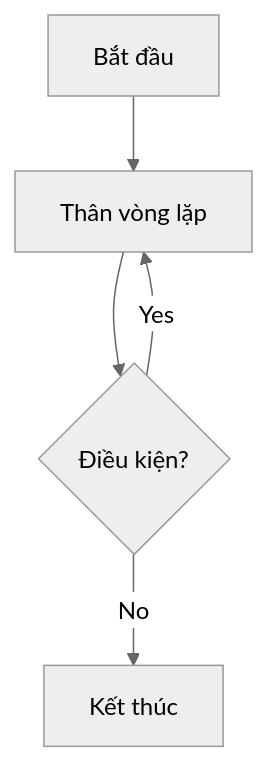
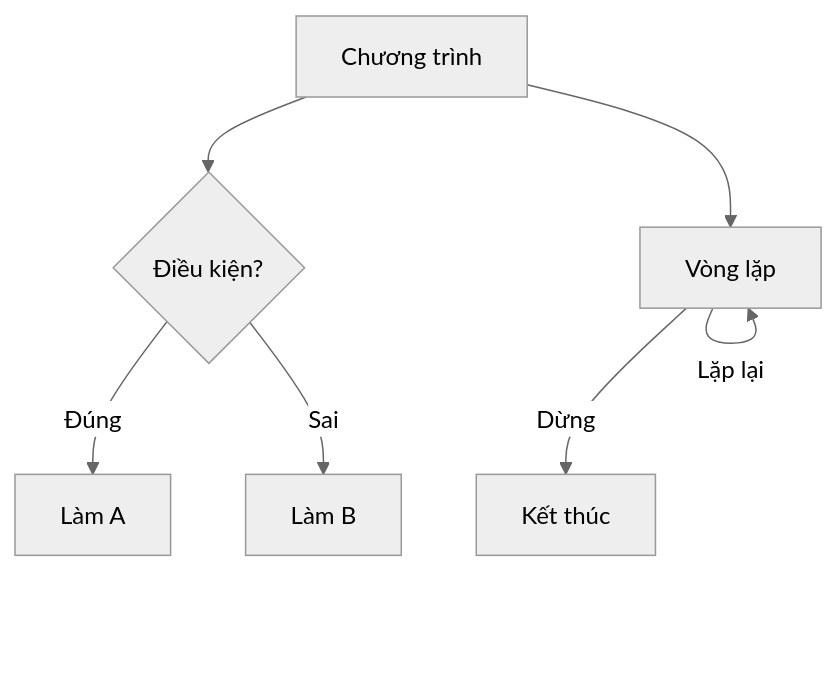
The diagram in docs/coding/cpp/C03-dieu-kien-vong-lap.md (FPTOJ-OJ/fptoj_wiki), drawn with Mermaid (neutral theme) before and after one commit. The commit also changed other lines of this file and 151 other files, not shown here.

````diff
--- a/docs/coding/cpp/C03-dieu-kien-vong-lap.md
+++ b/docs/coding/cpp/C03-dieu-kien-vong-lap.md
@@ -448,7 +13,9 @@
 ```mermaid
 flowchart TD
-    Start["Bắt đầu"] --> Body["Thân vòng lặp"]
-    Body --> Check{"Điều kiện?"}
-    Check -->|Yes| Body
-    Check -->|No| End["Kết thúc"]
+    A["Chương trình"] --> B{"Điều kiện?"}
+    B -->|"Đúng"| C["Làm A"]
+    B -->|"Sai"| D["Làm B"]
+    A --> E["Vòng lặp"]
+    E -->|"Lặp lại"| E
+    E -->|"Dừng"| F["Kết thúc"]
 ```
````
